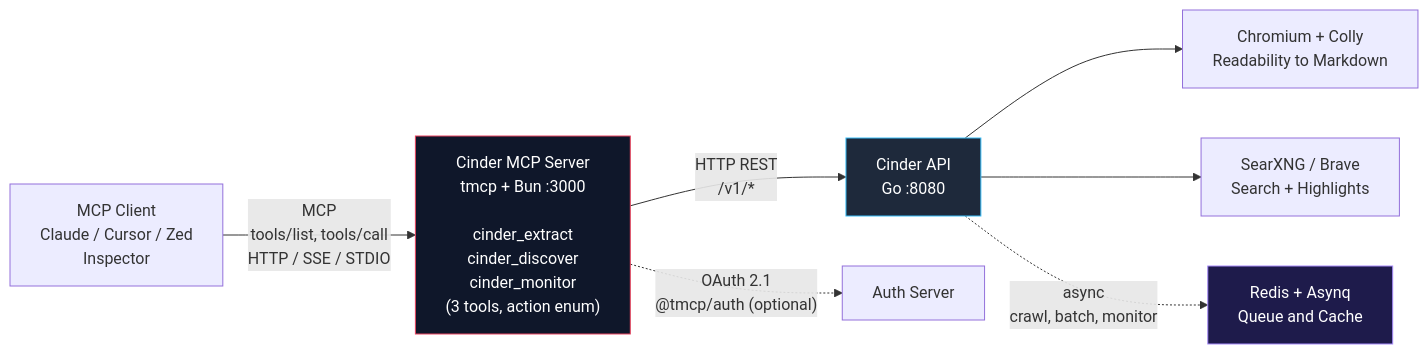
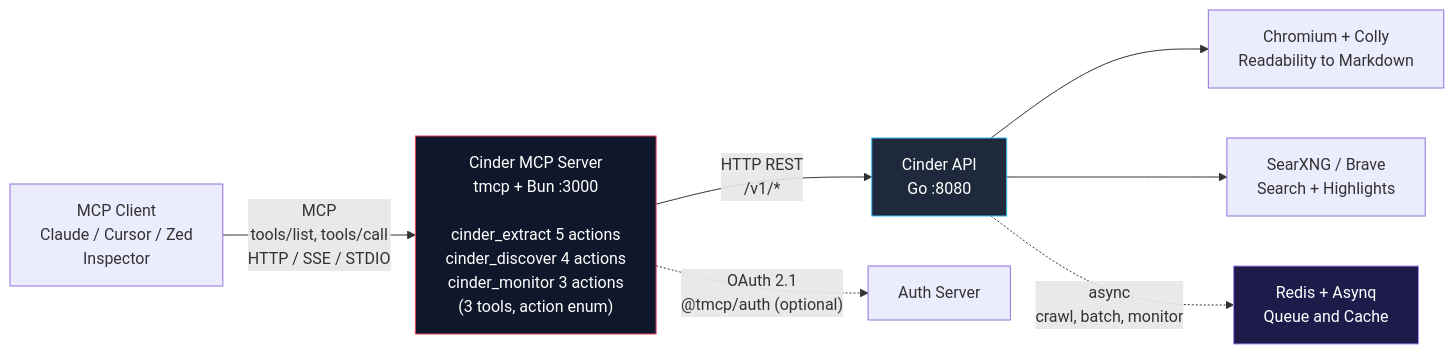
One commit to Michael-Obele/cinder-tmcp changed the diagram in README.md. Above: the diagram before and after it, drawn with Mermaid. The commit also changed other lines of this file and 1 other file, not shown here.

First line of the commit message:
feat(docs): add Exa vs Firecrawl vs Cinder comparison and multi-URL

````diff
--- a/README.md
+++ b/README.md
@@ -60,12 +63,12 @@
 ```mermaid
 flowchart LR
-    Client["MCP Client<br>Claude / Cursor / Zed<br>Inspector"] -->|"MCP<br>tools/list, tools/call<br>HTTP / SSE / STDIO"| MCP["Cinder MCP Server<br>tmcp + Bun :3000<br><br>cinder_extract<br>cinder_discover<br>cinder_monitor<br>(3 tools, action enum)"]
+    Client["MCP Client<br>Claude / Cursor / Zed<br>Inspector"] -->|"MCP<br>tools/list, tools/call<br>HTTP / SSE / STDIO"| MCP["Cinder MCP Server<br>tmcp + Bun :3000<br><br>cinder_extract 5 actions<br>cinder_discover 4 actions<br>cinder_monitor 3 actions<br>(3 tools, action enum)"]
     MCP -->|"HTTP REST<br>/v1/*"| API["Cinder API<br>Go :8080"]
     API --> Scraper["Chromium + Colly<br>Readability to Markdown"]
     API --> Search["SearXNG / Brave<br>Search + Highlights"]
     API -.->|"async<br>crawl, batch, monitor"| Queue["Redis + Asynq<br>Queue and Cache"]
     MCP -.->|"OAuth 2.1<br>@tmcp/auth (optional)"| Auth["Auth Server"]
     style MCP fill:#0f172a,stroke:#e94560,color:#fff
     style API fill:#1e293b,stroke:#38bdf8,color:#fff
     style Queue fill:#1e1b4b,stroke:#a78bfa,color:#fff
 ```
````
